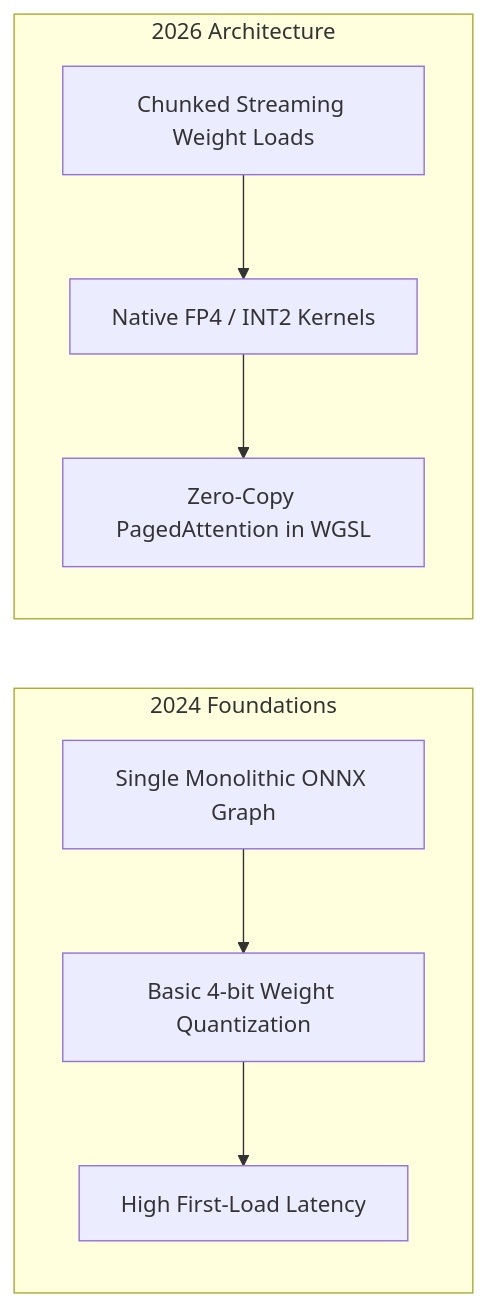
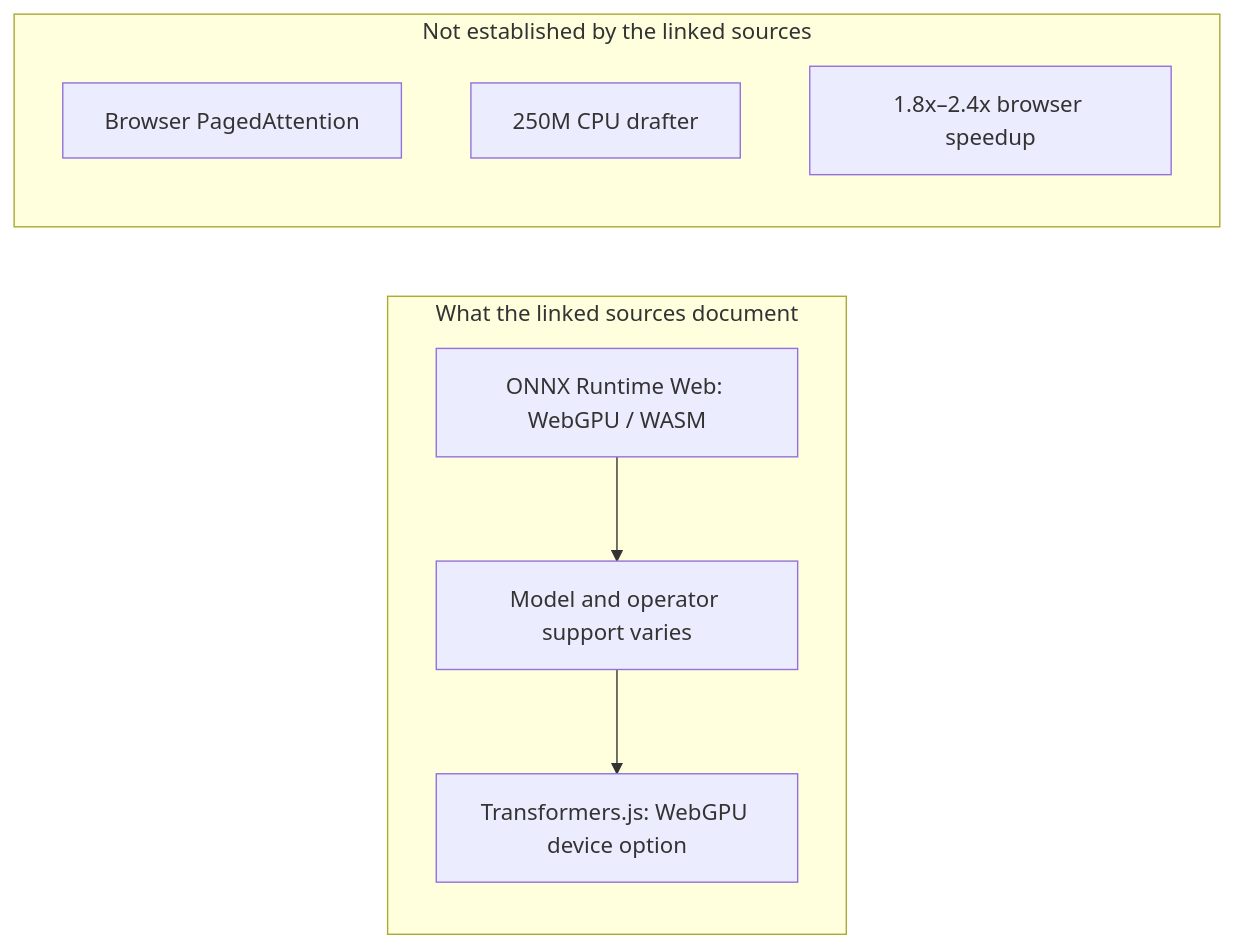
The fourth of 4 diagrams in _posts/2024/05/2024-05-08-phi3-webgpu.md (akillness/akillness.github.io), drawn with Mermaid before and after one commit. The commit also changed other lines of this file, not shown here.

````diff
--- a/_posts/2024/05/2024-05-08-phi3-webgpu.md
+++ b/_posts/2024/05/2024-05-08-phi3-webgpu.md
@@ -139,11 +137,12 @@
 ```mermaid
 graph LR
-    subgraph 2024 Foundations
-        A1[Single Monolithic ONNX Graph] --> A2[Basic 4-bit Weight Quantization]
-        A2 --> A3[High First-Load Latency]
+    subgraph SourceBounded["What the linked sources document"]
+        A1[ONNX Runtime Web: WebGPU / WASM] --> A2[Model and operator support varies]
+        A2 --> A3[Transformers.js: WebGPU device option]
     end
-    subgraph 2026 Architecture
-        B1[Chunked Streaming Weight Loads] --> B2[Native FP4 / INT2 Kernels]
-        B2 --> B3[Zero-Copy PagedAttention in WGSL]
+    subgraph NotEstablished["Not established by the linked sources"]
+        B1[Browser PagedAttention]
+        B2[250M CPU drafter]
+        B3[1.8x–2.4x browser speedup]
     end
 ```
````
